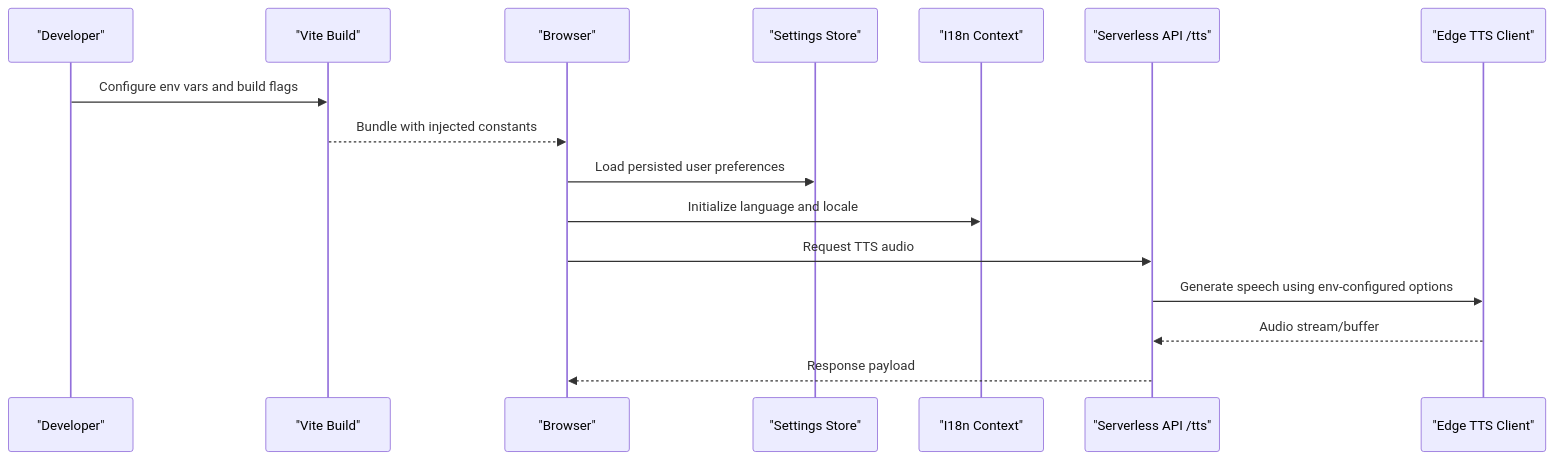
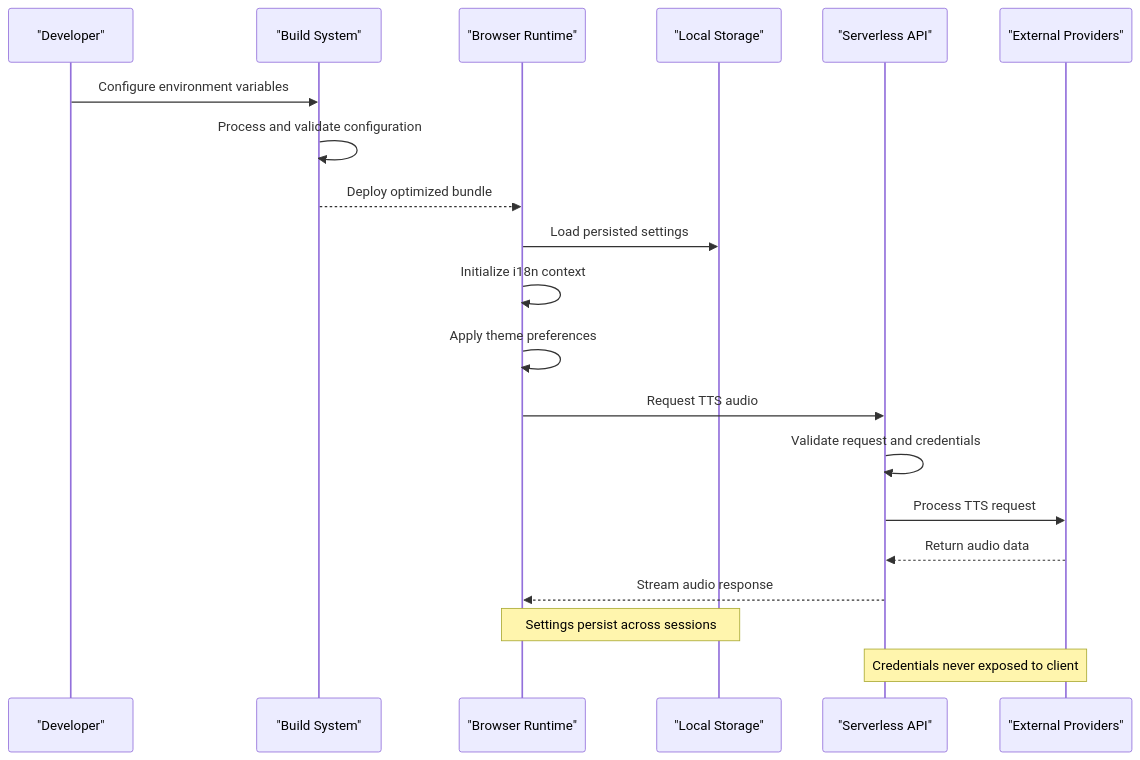
One commit to zmyeo54/briefroom changed the second of 4 diagrams in .qoder/repowiki/en/content/Configuration & Customization.md. Above: the diagram before and after it, drawn with Mermaid. The commit also changed other lines of this file and 5 other files, not shown here.

````diff
--- a/.qoder/repowiki/en/content/Configuration & Customization.md
+++ b/.qoder/repowiki/en/content/Configuration & Customization.md
@@ -115,18 +224,22 @@
 ```mermaid
 sequenceDiagram
 participant Dev as "Developer"
-participant Vite as "Vite Build"
-participant Browser as "Browser"
-participant Settings as "Settings Store"
-participant I18n as "I18n Context"
-participant API as "Serverless API /tts"
-participant Edge as "Edge TTS Client"
-Dev->>Vite : Configure env vars and build flags
-Vite-->>Browser : Bundle with injected constants
-Browser->>Settings : Load persisted user preferences
-Browser->>I18n : Initialize language and locale
+participant Build as "Build System"
+participant Browser as "Browser Runtime"
+participant Storage as "Local Storage"
+participant API as "Serverless API"
+participant Provider as "External Providers"
+Dev->>Build : Configure environment variables
+Build->>Build : Process and validate configuration
+Build-->>Browser : Deploy optimized bundle
+Browser->>Storage : Load persisted settings
+Browser->>Browser : Initialize i18n context
+Browser->>Browser : Apply theme preferences
 Browser->>API : Request TTS audio
-API->>Edge : Generate speech using env-configured options
-Edge-->>API : Audio stream/buffer
-API-->>Browser : Response payload
+API->>API : Validate request and credentials
+API->>Provider : Process TTS request
+Provider-->>API : Return audio data
+API-->>Browser : Stream audio response
+Note over Browser,Storage : Settings persist across sessions
+Note over API,Provider : Credentials never exposed to client
 ```
````
